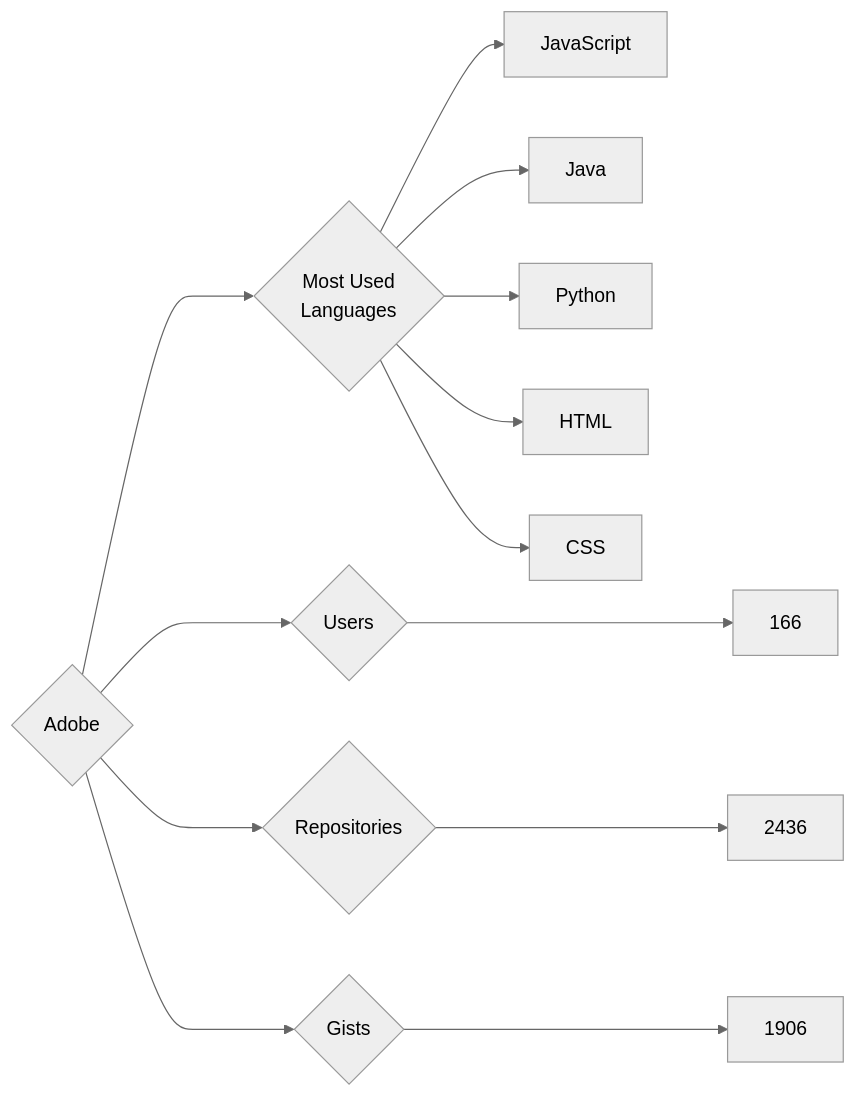
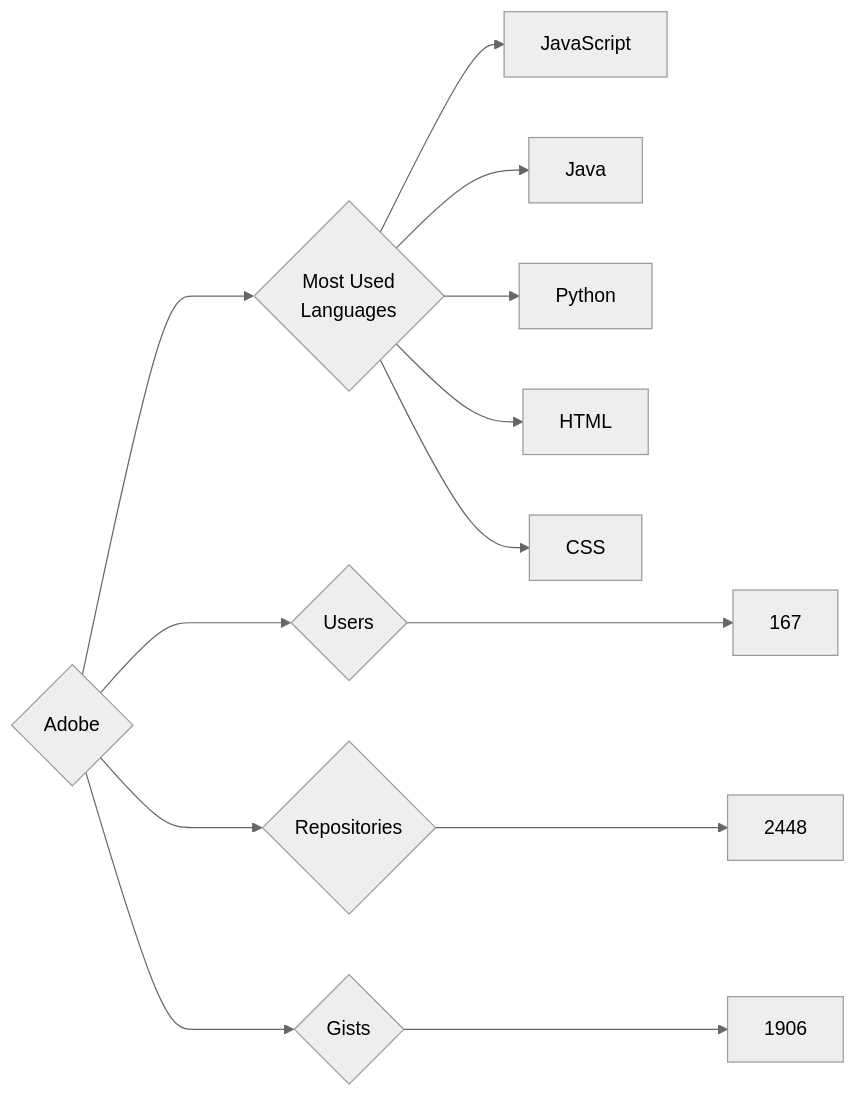
One commit to trickest/insiders changed the diagram in targets/Adobe/README.md. Above: the diagram before and after it, drawn with Mermaid (neutral theme). The commit also changed 594 other files, not shown here.

````diff
--- a/targets/Adobe/README.md
+++ b/targets/Adobe/README.md
@@ -3,13 +3,13 @@
 ```mermaid
 graph LR
 COMPANY_NAME{Adobe}
-COMPANY_NAME ---> U{Users} ---> UN[166]
-COMPANY_NAME ---> R{Repositories} ---> RN[2436]
+COMPANY_NAME ---> U{Users} ---> UN[167]
+COMPANY_NAME ---> R{Repositories} ---> RN[2448]
 COMPANY_NAME ---> G{Gists} ---> GN[1906]
 COMPANY_NAME ---> ML{Most Used<br>Languages}
 ML --> JavaScript[JavaScript]
 ML --> Java[Java]
 ML --> Python[Python]
 ML --> HTML[HTML]
 ML --> CSS[CSS]
 ```
````
